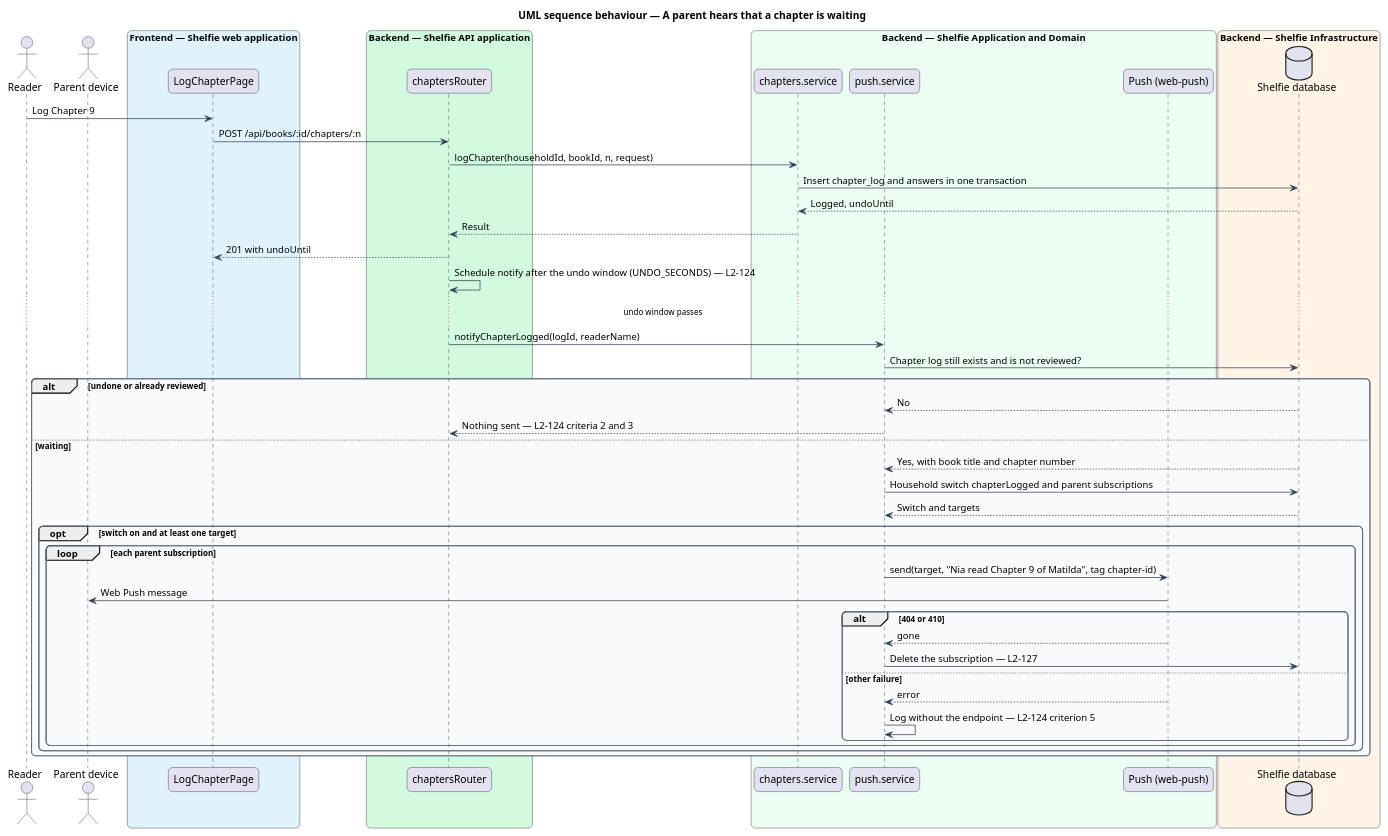
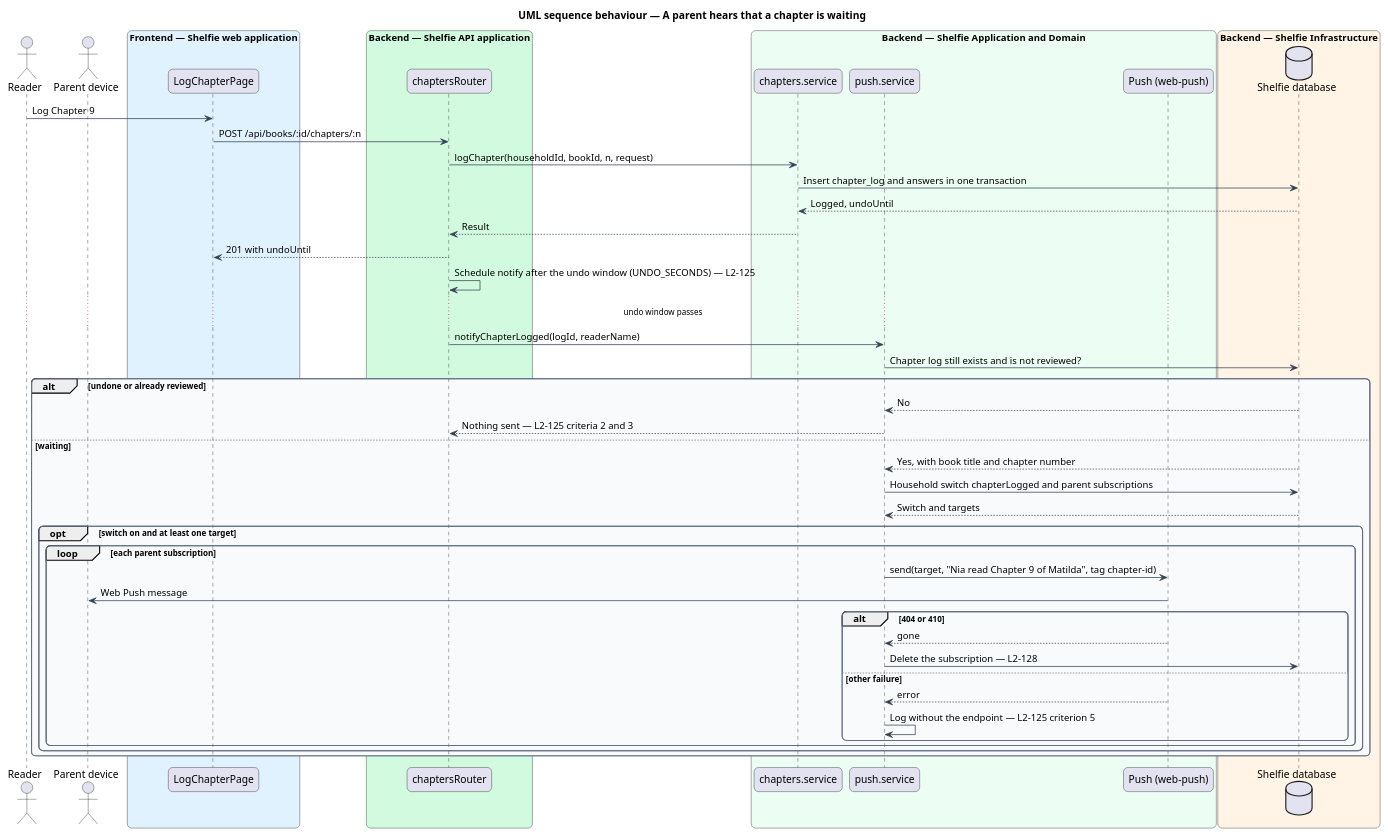
Before and after one commit to QuinntyneBrown/shelfie: the diagram in docs/detailed-designs/shell/push-notifications/diagrams/sequence-chapter-logged.puml, drawn with PlantUML. The commit also changed 62 other files, not shown here.

```diff
--- a/docs/detailed-designs/shell/push-notifications/diagrams/sequence-chapter-logged.puml
+++ b/docs/detailed-designs/shell/push-notifications/diagrams/sequence-chapter-logged.puml
@@ -1,65 +1,65 @@
 @startuml
 title UML sequence behaviour — A parent hears that a chapter is waiting
 skinparam backgroundColor #FFFFFF
 skinparam shadowing false
 skinparam roundcorner 12
 skinparam defaultFontName Arial
 skinparam ArrowColor #344054
 skinparam rectangle {
   BorderColor #344054
   FontColor #101828
 }
 skinparam package {
   BorderColor #667085
   FontColor #101828
   BackgroundColor #F9FAFB
 }
 actor "Reader" as reader
 actor "Parent device" as parentdev
 box "Frontend — Shelfie web application" #E0F2FE
   participant "LogChapterPage" as page
 end box
 box "Backend — Shelfie API application" #D1FADF
   participant "chaptersRouter" as router
 end box
 box "Backend — Shelfie Application and Domain" #ECFDF3
   participant "chapters.service" as chapters
   participant "push.service" as push
   participant "Push (web-push)" as sender
 end box
 box "Backend — Shelfie Infrastructure" #FFF4E5
   database "Shelfie database" as db
 end box
 reader -> page : Log Chapter 9
 page -> router : POST /api/books/:id/chapters/:n
 router -> chapters : logChapter(householdId, bookId, n, request)
 chapters -> db : Insert chapter_log and answers in one transaction
 db --> chapters : Logged, undoUntil
 chapters --> router : Result
 router --> page : 201 with undoUntil
-router -> router : Schedule notify after the undo window (UNDO_SECONDS) — L2-124
+router -> router : Schedule notify after the undo window (UNDO_SECONDS) — L2-125
 ... undo window passes ...
 router -> push : notifyChapterLogged(logId, readerName)
 push -> db : Chapter log still exists and is not reviewed?
 alt undone or already reviewed
   db --> push : No
-  push --> router : Nothing sent — L2-124 criteria 2 and 3
+  push --> router : Nothing sent — L2-125 criteria 2 and 3
 else waiting
   db --> push : Yes, with book title and chapter number
   push -> db : Household switch chapterLogged and parent subscriptions
   db --> push : Switch and targets
   opt switch on and at least one target
     loop each parent subscription
       push -> sender : send(target, "Nia read Chapter 9 of Matilda", tag chapter-id)
       sender -> parentdev : Web Push message
       alt 404 or 410
         sender --> push : gone
-        push -> db : Delete the subscription — L2-127
+        push -> db : Delete the subscription — L2-128
       else other failure
         sender --> push : error
-        push -> push : Log without the endpoint — L2-124 criterion 5
+        push -> push : Log without the endpoint — L2-125 criterion 5
       end
     end
   end
 end
 @enduml
```
